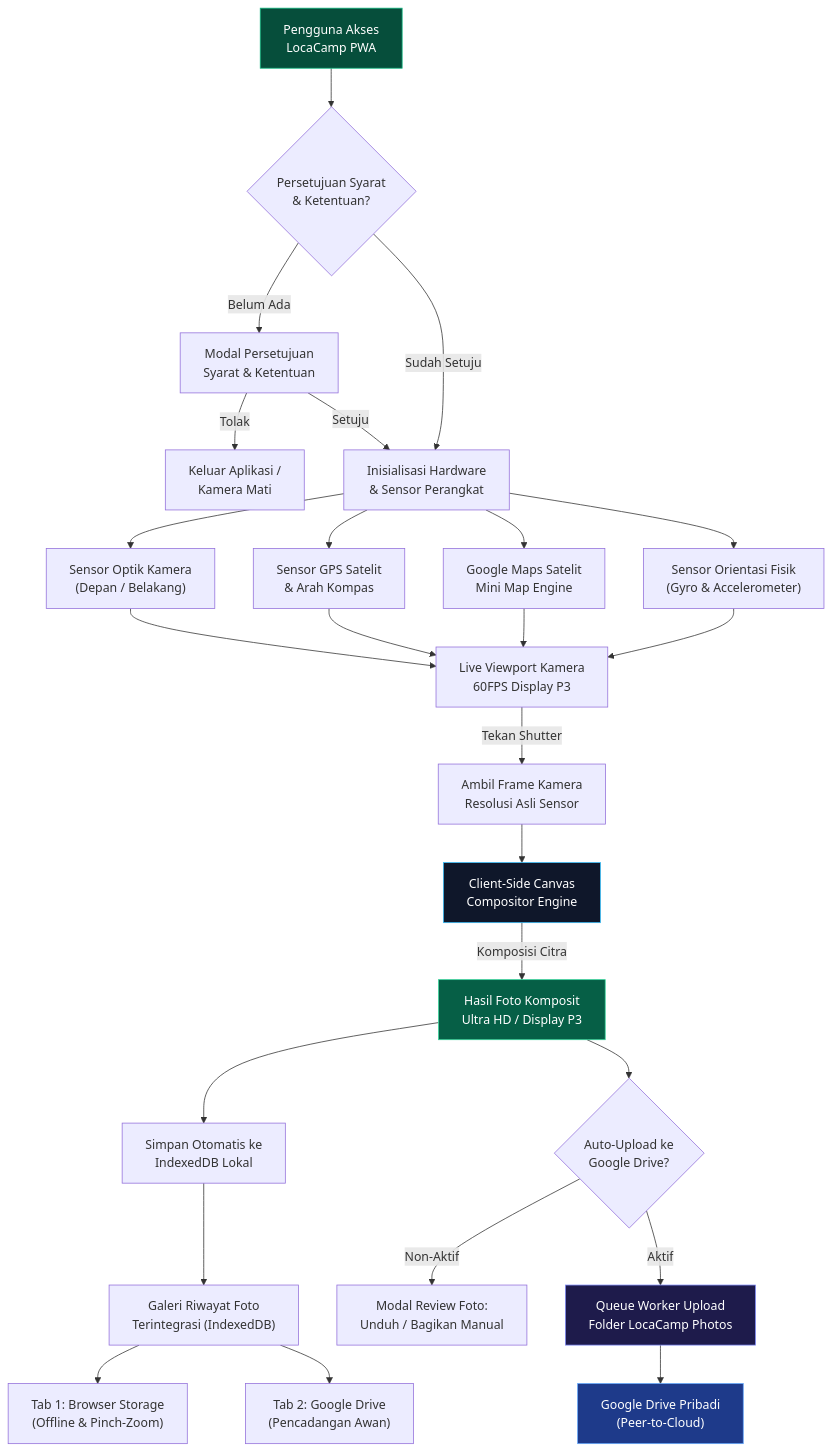
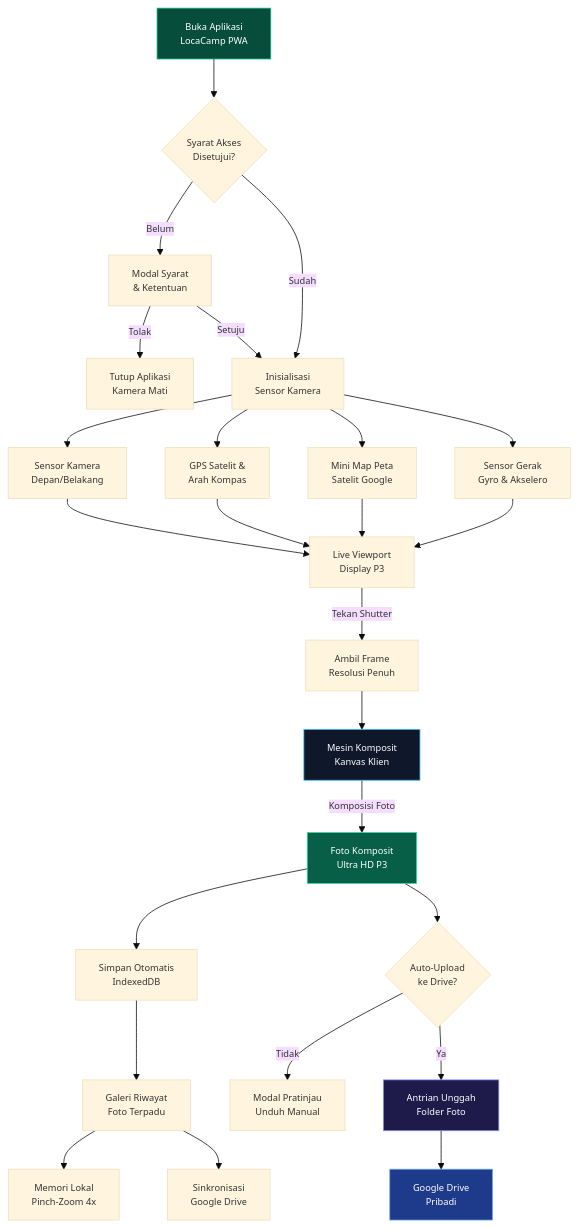
Before and after one commit to maskodingku/LocaCamp: the diagram in README.md, drawn with Mermaid.

Commit message:
docs: optimasi anti-clipping teks diagram Mermaid Arsitektur dan Alur Kerja README.md

````diff
--- a/README.md
+++ b/README.md
@@ -135,38 +135,39 @@
 ```mermaid
+%%{init: {'theme': 'base', 'themeVariables': { 'fontSize': '12px' }}}%%
 flowchart TD
-    A["Pengguna Akses<br/>LocaCamp PWA"] --> B{"Persetujuan Syarat<br/>& Ketentuan?"}
-    B -->|Belum Ada| C["Modal Persetujuan<br/>Syarat & Ketentuan"]
-    C -->|Tolak| D["Keluar Aplikasi /<br/>Kamera Mati"]
-    C -->|Setuju| E["Inisialisasi Hardware<br/>& Sensor Perangkat"]
-    B -->|Sudah Setuju| E
+    A["Buka Aplikasi<br/>LocaCamp PWA"] --> B{"Syarat Akses<br/>Disetujui?"}
+    B -->|Belum| C["Modal Syarat<br/>& Ketentuan"]
+    C -->|Tolak| D["Tutup Aplikasi<br/>Kamera Mati"]
+    C -->|Setuju| E["Inisialisasi<br/>Sensor Kamera"]
+    B -->|Sudah| E
 
-    E --> F["Sensor Optik Kamera<br/>(Depan / Belakang)"]
-    E --> G["Sensor GPS Satelit<br/>& Arah Kompas"]
-    E --> H["Google Maps Satelit<br/>Mini Map Engine"]
-    E --> I["Sensor Orientasi Fisik<br/>(Gyro & Accelerometer)"]
+    E --> F["Sensor Kamera<br/>Depan/Belakang"]
+    E --> G["GPS Satelit &<br/>Arah Kompas"]
+    E --> H["Mini Map Peta<br/>Satelit Google"]
+    E --> I["Sensor Gerak<br/>Gyro & Akselero"]
 
-    F --> J["Live Viewport Kamera<br/>60FPS Display P3"]
+    F --> J["Live Viewport<br/>Display P3"]
     G --> J
     H --> J
     I --> J
 
-    J -->|Tekan Shutter| K["Ambil Frame Kamera<br/>Resolusi Asli Sensor"]
-    K --> L["Client-Side Canvas<br/>Compositor Engine"]
-    L -->|Komposisi Citra| M["Hasil Foto Komposit<br/>Ultra HD / Display P3"]
+    J -->|Tekan Shutter| K["Ambil Frame<br/>Resolusi Penuh"]
+    K --> L["Mesin Komposit<br/>Kanvas Klien"]
+    L -->|Komposisi Foto| M["Foto Komposit<br/>Ultra HD P3"]
 
-    M --> N["Simpan Otomatis ke<br/>IndexedDB Lokal"]
-    M --> O{"Auto-Upload ke<br/>Google Drive?"}
-    O -->|Aktif| P["Queue Worker Upload<br/>Folder LocaCamp Photos"]
-    O -->|Non-Aktif| Q["Modal Review Foto:<br/>Unduh / Bagikan Manual"]
+    M --> N["Simpan Otomatis<br/>IndexedDB"]
+    M --> O{"Auto-Upload<br/>ke Drive?"}
+    O -->|Ya| P["Antrian Unggah<br/>Folder Foto"]
+    O -->|Tidak| Q["Modal Pratinjau<br/>Unduh Manual"]
 
-    P --> R["Google Drive Pribadi<br/>(Peer-to-Cloud)"]
-    N --> S["Galeri Riwayat Foto<br/>Terintegrasi (IndexedDB)"]
-    S --> T["Tab 1: Browser Storage<br/>(Offline & Pinch-Zoom)"]
-    S --> U["Tab 2: Google Drive<br/>(Pencadangan Awan)"]
+    P --> R["Google Drive<br/>Pribadi"]
+    N --> S["Galeri Riwayat<br/>Foto Terpadu"]
+    S --> T["Memori Lokal<br/>Pinch-Zoom 4x"]
+    S --> U["Sinkronisasi<br/>Google Drive"]
 
     style A fill:#064e3b,stroke:#10b981,color:#fff
     style L fill:#0f172a,stroke:#38bdf8,color:#fff
     style M fill:#065f46,stroke:#34d399,color:#fff
     style P fill:#1e1b4b,stroke:#818cf8,color:#fff
     style R fill:#1e3a8a,stroke:#60a5fa,color:#fff
 ```
````
